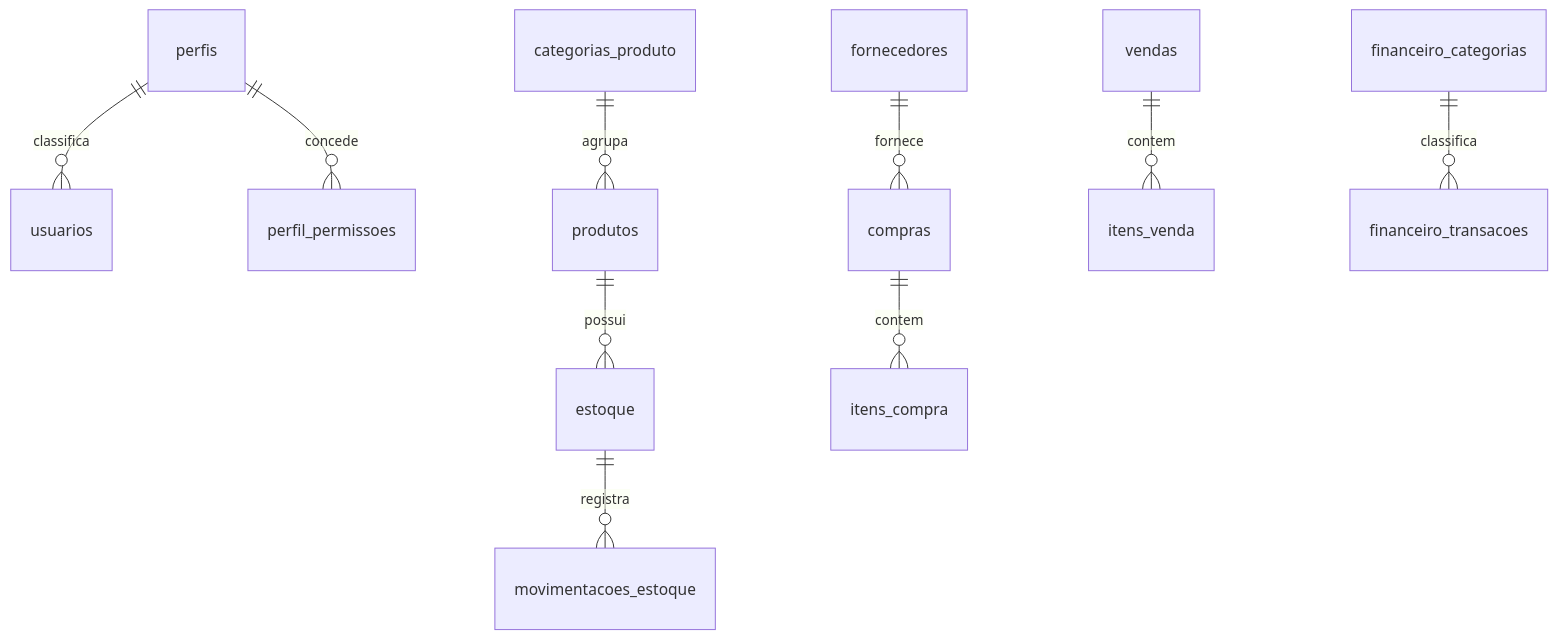
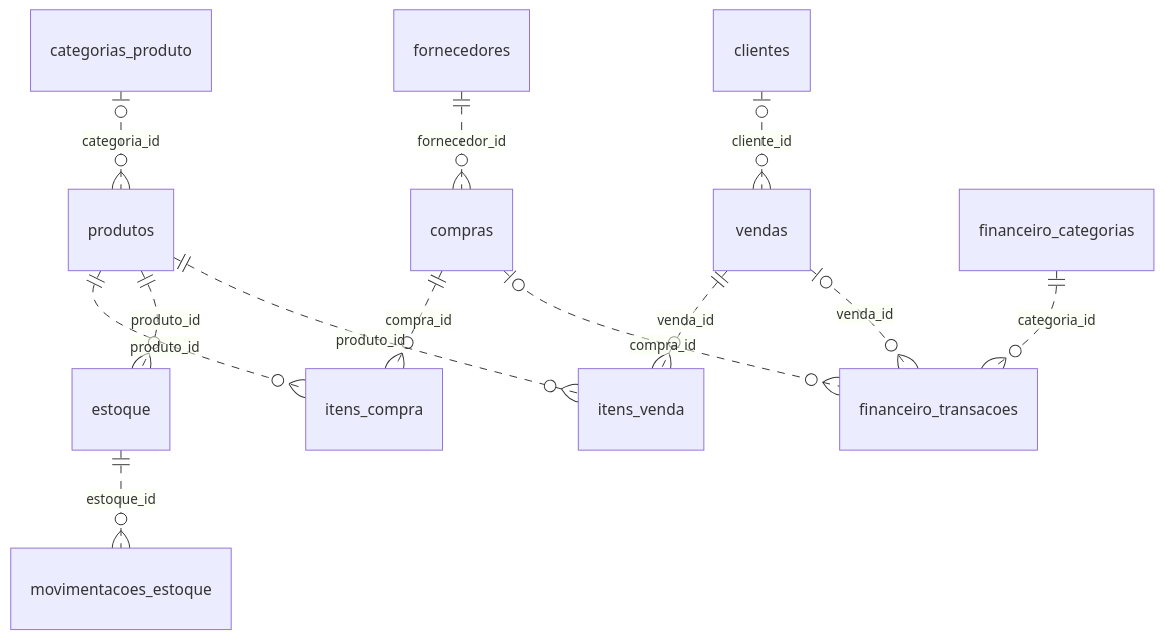
Before and after one commit to SamuelDlv/FarmaControl: the diagram in docs/database_schema_design.md, drawn with Mermaid. The commit also changed other lines of this file and 4 other files, not shown here.

````diff
--- a/docs/database_schema_design.md
+++ b/docs/database_schema_design.md
@@ -42,12 +58,15 @@
 ```mermaid
 erDiagram
-    perfis ||--o{ usuarios : classifica
-    perfis ||--o{ perfil_permissoes : concede
-    categorias_produto ||--o{ produtos : agrupa
-    produtos ||--o{ estoque : possui
-    estoque ||--o{ movimentacoes_estoque : registra
-    fornecedores ||--o{ compras : fornece
-    compras ||--o{ itens_compra : contem
-    vendas ||--o{ itens_venda : contem
-    financeiro_categorias ||--o{ financeiro_transacoes : classifica
+    fornecedores ||..o{ compras : fornecedor_id
+    compras ||..o{ itens_compra : compra_id
+    produtos ||..o{ itens_compra : produto_id
+    categorias_produto |o..o{ produtos : categoria_id
+    produtos ||..o{ estoque : produto_id
+    estoque ||..o{ movimentacoes_estoque : estoque_id
+    produtos ||..o{ itens_venda : produto_id
+    vendas ||..o{ itens_venda : venda_id
+    clientes |o..o{ vendas : cliente_id
+    vendas |o..o{ financeiro_transacoes : venda_id
+    compras |o..o{ financeiro_transacoes : compra_id
+    financeiro_categorias ||..o{ financeiro_transacoes : categoria_id
 ```
````
